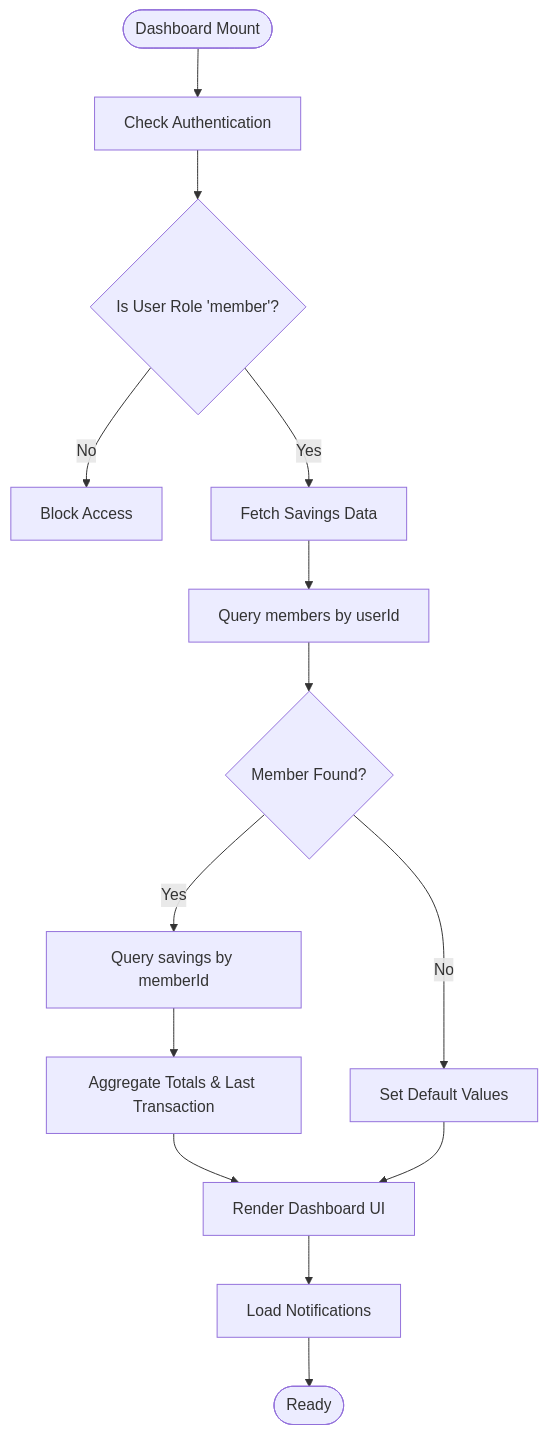
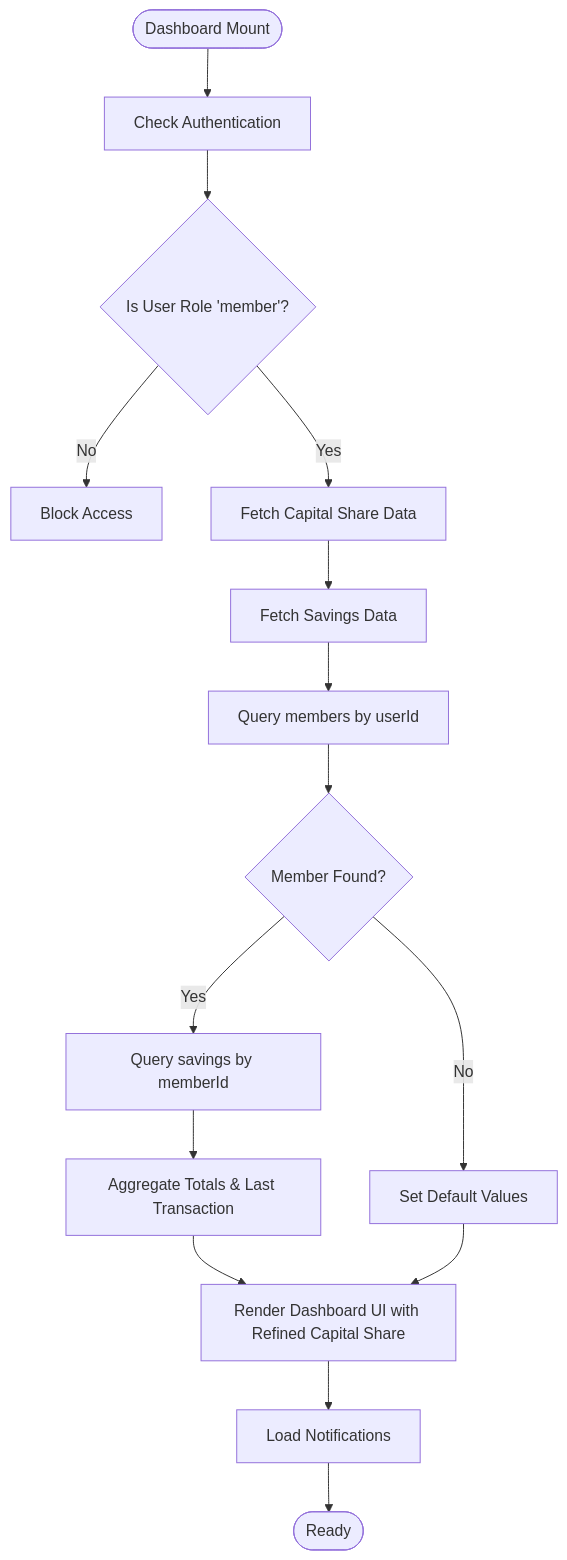
Before and after one commit to Unsure-bry/sampacoop_system: the third of 9 diagrams in .qoder/repowiki/en/content/Dashboard System Architecture/Member Dashboard Interface/Member Dashboard Interface.md, drawn with Mermaid. The commit also changed other lines of this file and 9 other files, not shown here.

````diff
--- a/.qoder/repowiki/en/content/Dashboard System Architecture/Member Dashboard Interface/Member Dashboard Interface.md
+++ b/.qoder/repowiki/en/content/Dashboard System Architecture/Member Dashboard Interface/Member Dashboard Interface.md
@@ -184,16 +212,17 @@
 ```mermaid
 flowchart TD
 Start(["Dashboard Mount"]) --> CheckAuth["Check Authentication"]
 CheckAuth --> IsMember{"Is User Role 'member'?"}
 IsMember --> |No| BlockAccess["Block Access"]
-IsMember --> |Yes| FetchSavings["Fetch Savings Data"]
+IsMember --> |Yes| FetchCapitalShare["Fetch Capital Share Data"]
+FetchCapitalShare --> FetchSavings["Fetch Savings Data"]
 FetchSavings --> QueryMembers["Query members by userId"]
 QueryMembers --> FoundMember{"Member Found?"}
 FoundMember --> |No| DefaultValues["Set Default Values"]
 FoundMember --> |Yes| QuerySavings["Query savings by memberId"]
 QuerySavings --> AggregateData["Aggregate Totals & Last Transaction"]
-AggregateData --> RenderUI["Render Dashboard UI"]
+AggregateData --> RenderUI["Render Dashboard UI with Refined Capital Share"]
 DefaultValues --> RenderUI
 RenderUI --> Notifications["Load Notifications"]
 Notifications --> End(["Ready"])
 ```
````
